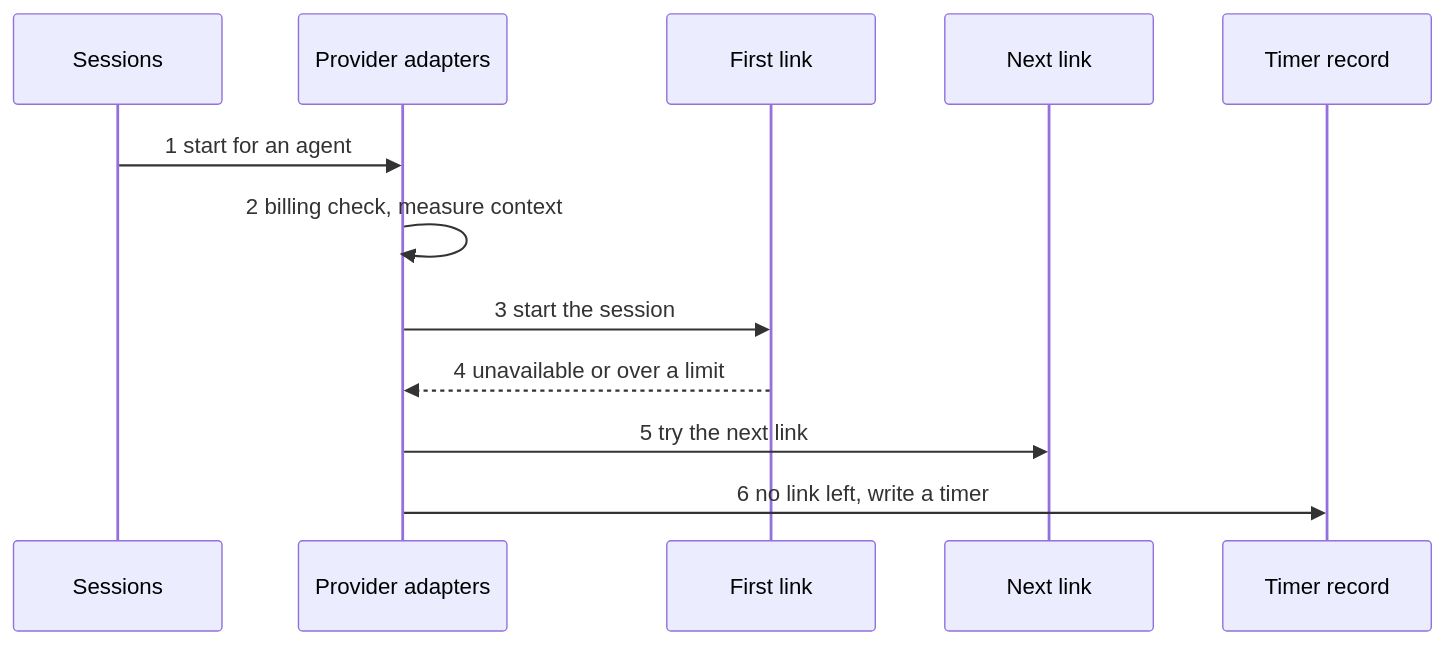
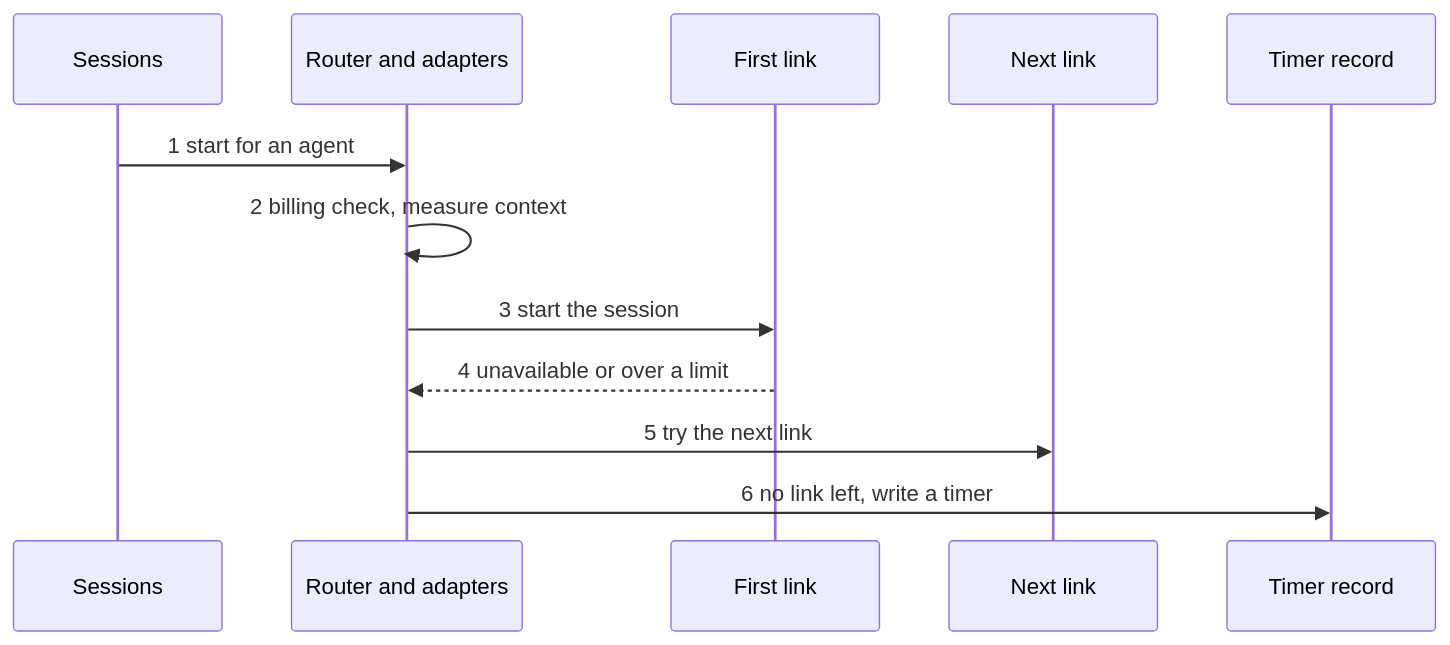
Before and after one commit to rdevitto86/komodo-agentic-harness-coding: diagram 20 of 45 in docs/hld.md, drawn with Mermaid. The commit also changed other lines of this file, not shown here.

````diff
--- a/docs/hld.md
+++ b/docs/hld.md
@@ -1017,14 +1018,14 @@
 ```mermaid
 sequenceDiagram
   participant S as Sessions
-  participant P as Provider adapters
+  participant P as Router and adapters
   participant L1 as First link
   participant L2 as Next link
   participant T as Timer record
   S->>P: 1 start for an agent
   P->>P: 2 billing check, measure context
   P->>L1: 3 start the session
   L1-->>P: 4 unavailable or over a limit
   P->>L2: 5 try the next link
   P->>T: 6 no link left, write a timer
 ```
````
